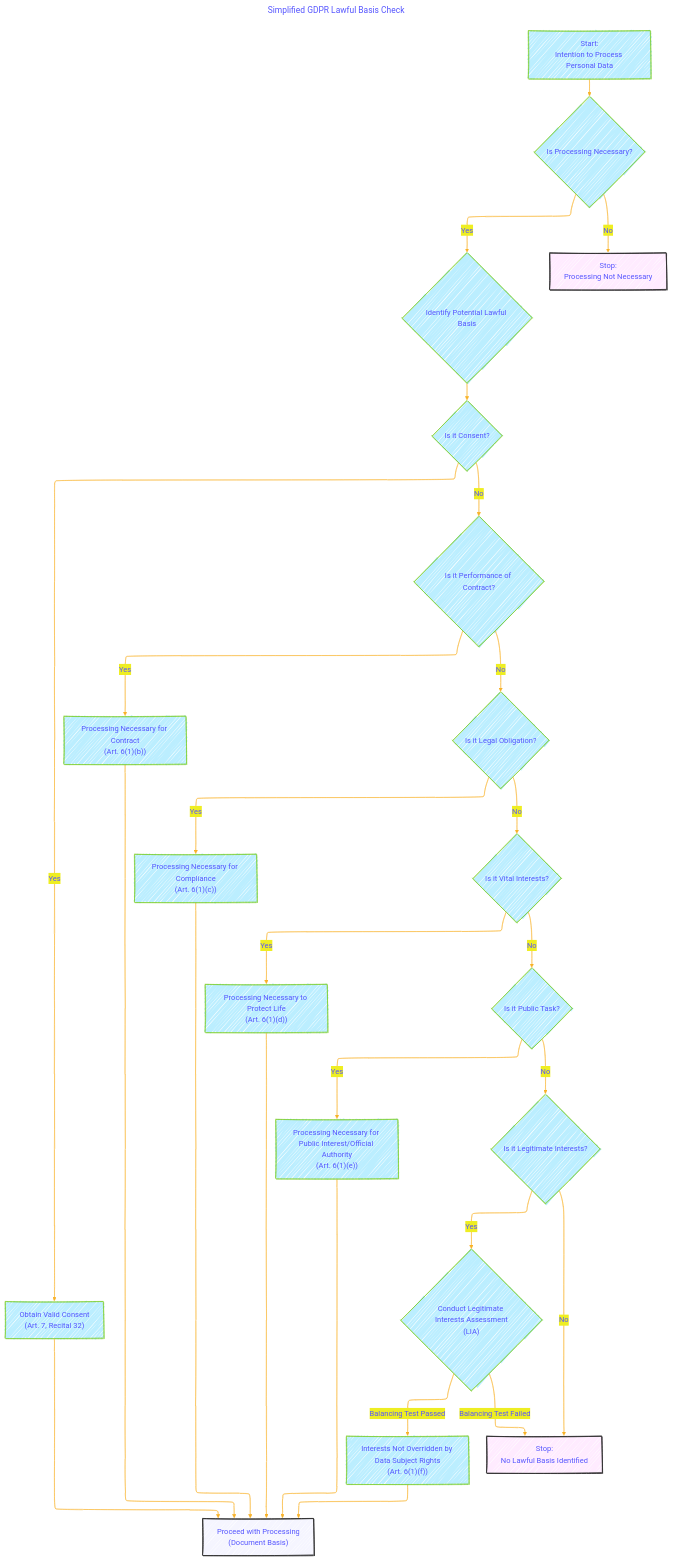
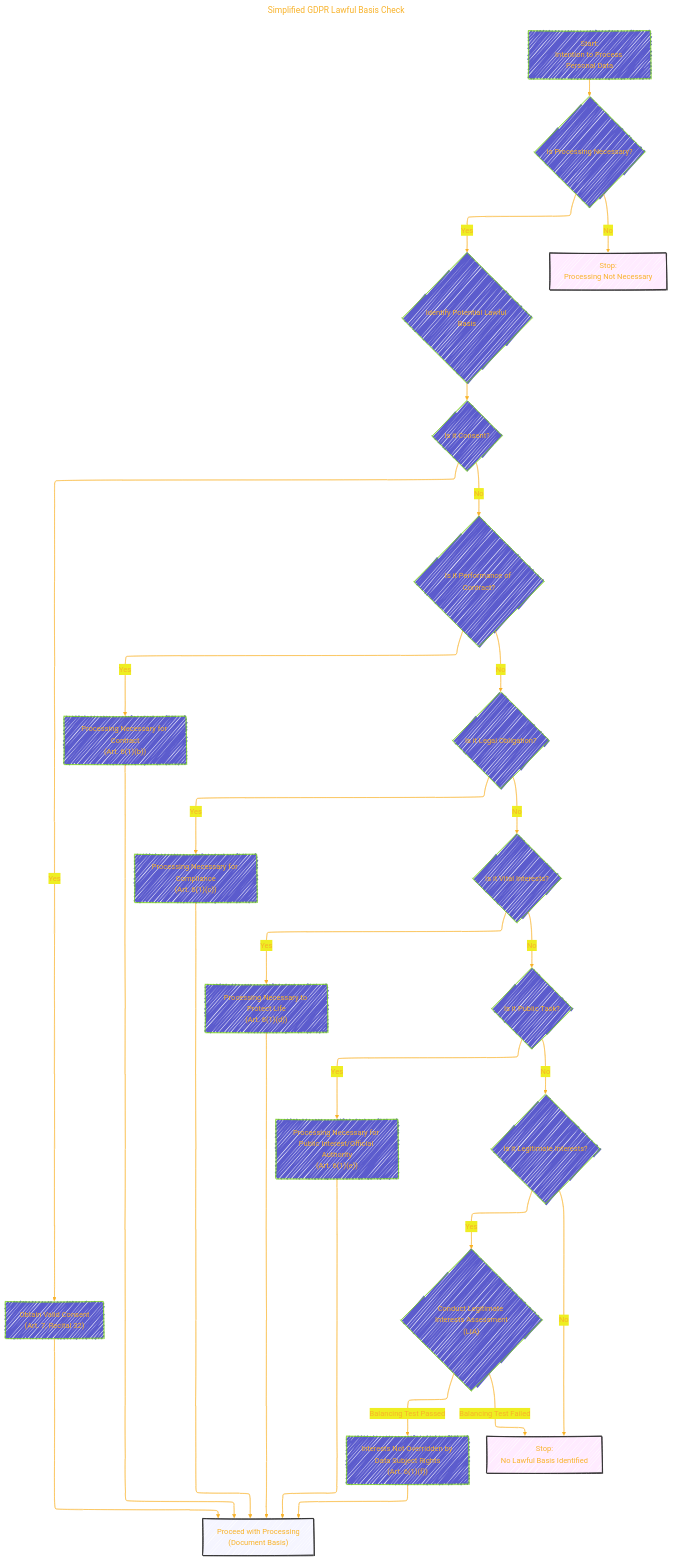
The third of 4 diagrams in README.md (CongLeSolutionX/LegalLens), drawn with Mermaid before and after one commit. The commit also changed other lines of this file, not shown here.

````diff
--- a/README.md
+++ b/README.md
@@ -371,70 +375,70 @@
 ```mermaid
 ---
 title: "Simplified GDPR Lawful Basis Check"
 author: "Cong Le"
 version: "1.0"
 license(s): "MIT, CC BY 4.0"
 copyright: "Copyright (c) 2025 Cong Le. All Rights Reserved."
 config:
   layout: elk
   look: handDrawn
   theme: base
 ---
 %%%%%%%% Mermaid version v11.4.1-b.14
 %%%%%%%% Toggle theme value to `base` to activate the initilization below for the customized theme version.
 %%%%%%%% Available curve styles include the following keywords:
 %% basis, bumpX, bumpY, cardinal, catmullRom, linear, monotoneX, monotoneY, natural, step, stepAfter, stepBefore.
 %%{
   init: {
     'graph': { 'htmlLabels': false, 'curve': 'linear' },
     'fontFamily': 'Monospace',
     'themeVariables': {
-      'primaryColor': '#BEF',
-      'primaryTextColor': '#55ff',
+      'primaryColor': '#22BB',
+      'primaryTextColor': '#F8B229',
       'primaryBorderColor': '#7c2',
       'lineColor': '#F8B229',
       'secondaryColor': '#EE2',
       'tertiaryColor': '#fff',
       'stroke':'#3323',
       'stroke-width': '0.5px'
     }
   }
 }%%
 graph TD
     A["Start:<br>Intention to Process Personal Data"] --> B{"Is Processing Necessary?"}
     B -- Yes --> C{"Identify Potential Lawful Basis"}
     B -- No --> Stop_No_Need["Stop:<br/>Processing Not Necessary"]
 
     C --> D{"Is it Consent?"}
     D -- Yes --> E["Obtain Valid Consent<br/>(Art. 7, Recital 32)"]
     E --> Process["Proceed with Processing<br/>(Document Basis)"]
 
     D -- No --> F{"Is it Performance of Contract?"}
     F -- Yes --> G["Processing Necessary for Contract<br/>(Art. 6(1)(b))"]
     G --> Process
 
     F -- No --> H{"Is it Legal Obligation?"}
     H -- Yes --> I["Processing Necessary for Compliance<br/>(Art. 6(1)(c))"]
     I --> Process
 
     H -- No --> J{"Is it Vital Interests?"}
     J -- Yes --> K["Processing Necessary to Protect Life<br/>(Art. 6(1)(d))"]
     K --> Process
 
     J -- No --> L{"Is it Public Task?"}
     L -- Yes --> M["Processing Necessary for Public Interest/Official Authority<br/>(Art. 6(1)(e))"]
     M --> Process
 
     L -- No --> N{"Is it Legitimate Interests?"}
     N -- Yes --> O{"Conduct Legitimate Interests Assessment<br/>(LIA)"}
     O -- Balancing Test Passed --> P["Interests Not Overridden by Data Subject Rights<br/>(Art. 6(1)(f))"]
     P --> Process
     O -- Balancing Test Failed --> Stop_No_Basis
 
     N -- No --> Stop_No_Basis["Stop:<br/>No Lawful Basis Identified"]
 
     style Stop_No_Need fill:#f9f3,stroke:#333,stroke-width:2px
     style Stop_No_Basis fill:#f9f3,stroke:#333,stroke-width:2px
     style Process fill:#ccf3,stroke:#333,stroke-width:2px
     
 ```
````
